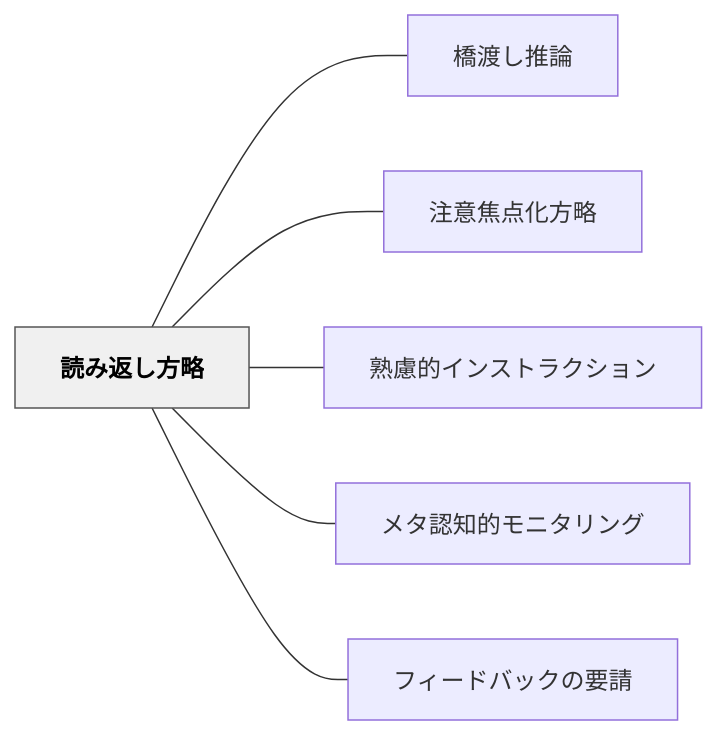
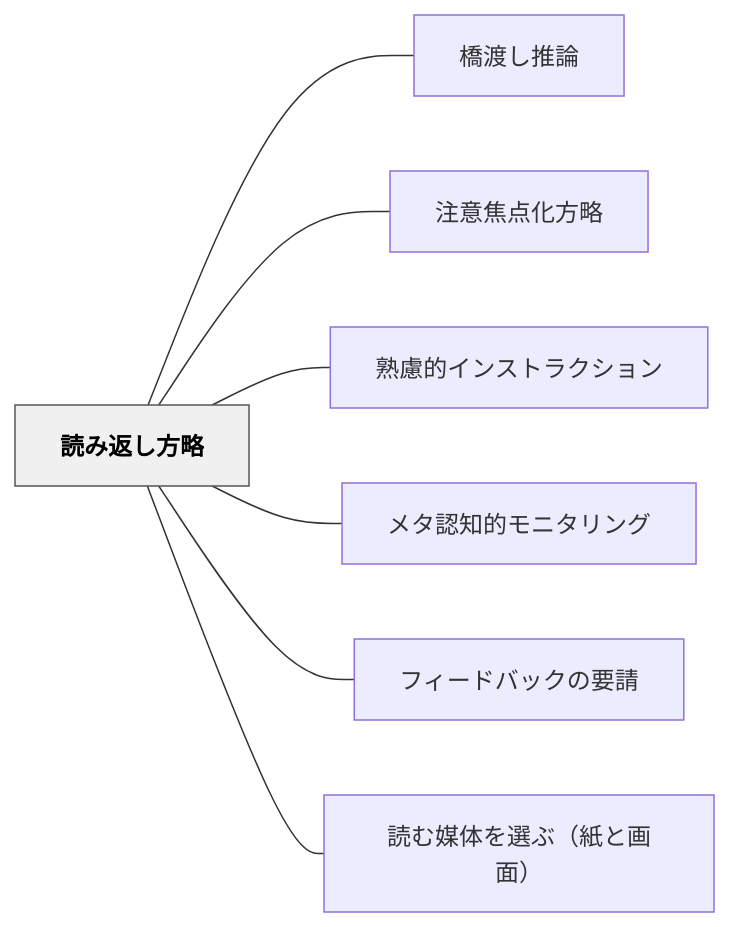
One commit to unknownthings-ed-patterns/unknownthings-ed-patterns changed the diagram in content/パタン/読み返し方略.md. Above: the diagram before and after it, drawn with Mermaid. The commit also changed other lines of this file and 11 other files, not shown here.

````diff
--- a/content/パタン/読み返し方略.md
+++ b/content/パタン/読み返し方略.md
@@ -51,18 +55,20 @@
 ```mermaid
 flowchart LR
     ne8aaade381bfe8bf94e38197e696b9e795a5["読み返し方略"]
     ne6a98be6b8a1e38197e68ea8e8ab96["橋渡し推論"]
     ne6b3a8e6848fe784a6e782b9e58c96e696b9e795a5["注意焦点化方略"]
     ne7869fe685aee79a84e382a4e383b3e382b9e38388e383a9e382afe382b7e383a7e383b3["熟慮的インストラクション"]
     ne383a1e382bfe8aa8de79fa5e79a84e383a2e3838be382bfe383aae383b3e382b0["メタ認知的モニタリング"]
     ne38395e382a3e383bce38389e38390e38383e382afe381aee8a681e8ab8b["フィードバックの要請"]
+    ne8aaade38280e5aa92e4bd93e38292e981b8e381b6efbc88e7b499e381a8e794bbe99da2efbc89["読む媒体を選ぶ（紙と画面）"]
 
     ne8aaade381bfe8bf94e38197e696b9e795a5 --- ne6a98be6b8a1e38197e68ea8e8ab96
     ne8aaade381bfe8bf94e38197e696b9e795a5 --- ne6b3a8e6848fe784a6e782b9e58c96e696b9e795a5
     ne8aaade381bfe8bf94e38197e696b9e795a5 --- ne7869fe685aee79a84e382a4e383b3e382b9e38388e383a9e382afe382b7e383a7e383b3
     ne8aaade381bfe8bf94e38197e696b9e795a5 --- ne383a1e382bfe8aa8de79fa5e79a84e383a2e3838be382bfe383aae383b3e382b0
     ne8aaade381bfe8bf94e38197e696b9e795a5 --- ne38395e382a3e383bce38389e38390e38383e382afe381aee8a681e8ab8b
+    ne8aaade381bfe8bf94e38197e696b9e795a5 --- ne8aaade38280e5aa92e4bd93e38292e981b8e381b6efbc88e7b499e381a8e794bbe99da2efbc89
 
     classDef hub fill:#f0f0f0,stroke:#555,color:#000,font-weight:bold
     class ne8aaade381bfe8bf94e38197e696b9e795a5 hub
 ```
````
